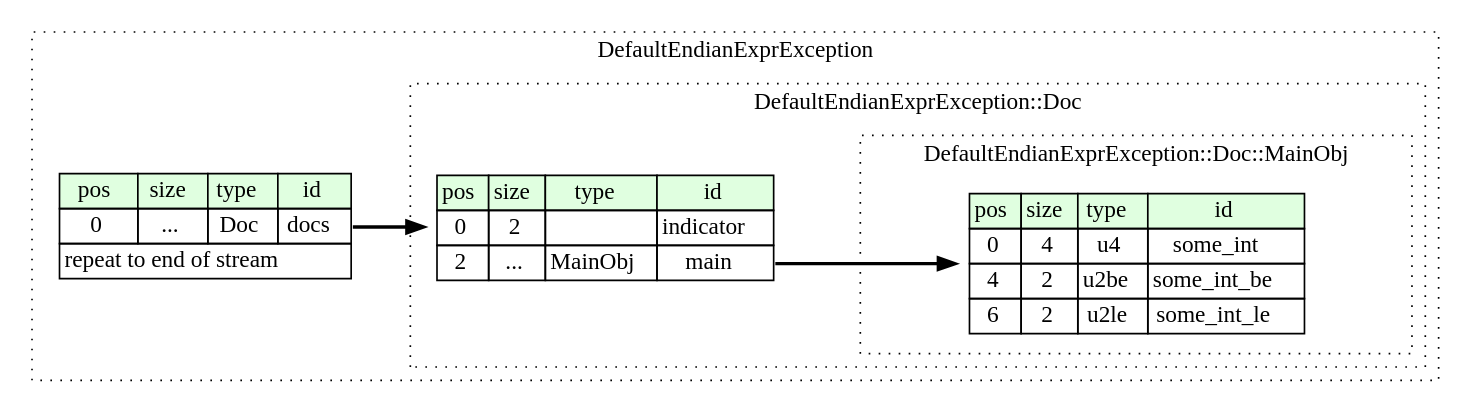
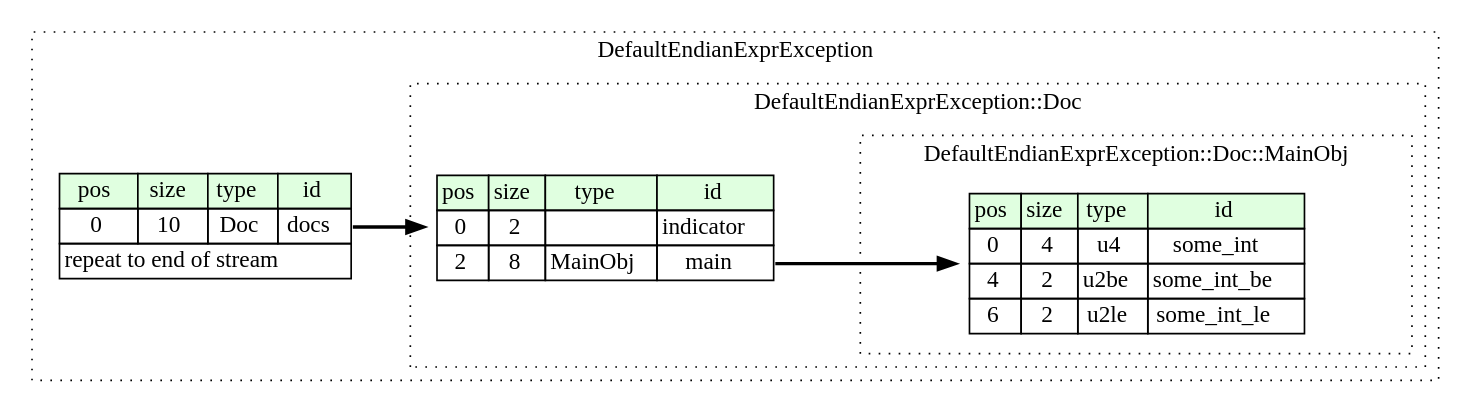
The diagram in compiled/graphviz/default_endian_expr_exception.dot (kaitai-io/ci_targets), drawn with Graphviz before and after one commit. The commit also changed 45 other files, not shown here.

```diff
--- a/compiled/graphviz/default_endian_expr_exception.dot
+++ b/compiled/graphviz/default_endian_expr_exception.dot
@@ -1,37 +1,37 @@
 digraph {
 	rankdir=LR;
 	node [shape=plaintext];
 	subgraph cluster__default_endian_expr_exception {
 		label="DefaultEndianExprException";
 		graph[style=dotted];
 
 		default_endian_expr_exception__seq [label=<<TABLE BORDER="0" CELLBORDER="1" CELLSPACING="0">
 			<TR><TD BGCOLOR="#E0FFE0">pos</TD><TD BGCOLOR="#E0FFE0">size</TD><TD BGCOLOR="#E0FFE0">type</TD><TD BGCOLOR="#E0FFE0">id</TD></TR>
-			<TR><TD PORT="docs_pos">0</TD><TD PORT="docs_size">...</TD><TD>Doc</TD><TD PORT="docs_type">docs</TD></TR>
+			<TR><TD PORT="docs_pos">0</TD><TD PORT="docs_size">10</TD><TD>Doc</TD><TD PORT="docs_type">docs</TD></TR>
 			<TR><TD COLSPAN="4" PORT="docs__repeat">repeat to end of stream</TD></TR>
 		</TABLE>>];
 		subgraph cluster__doc {
 			label="DefaultEndianExprException::Doc";
 			graph[style=dotted];
 
 			doc__seq [label=<<TABLE BORDER="0" CELLBORDER="1" CELLSPACING="0">
 				<TR><TD BGCOLOR="#E0FFE0">pos</TD><TD BGCOLOR="#E0FFE0">size</TD><TD BGCOLOR="#E0FFE0">type</TD><TD BGCOLOR="#E0FFE0">id</TD></TR>
 				<TR><TD PORT="indicator_pos">0</TD><TD PORT="indicator_size">2</TD><TD></TD><TD PORT="indicator_type">indicator</TD></TR>
-				<TR><TD PORT="main_pos">2</TD><TD PORT="main_size">...</TD><TD>MainObj</TD><TD PORT="main_type">main</TD></TR>
+				<TR><TD PORT="main_pos">2</TD><TD PORT="main_size">8</TD><TD>MainObj</TD><TD PORT="main_type">main</TD></TR>
 			</TABLE>>];
 			subgraph cluster__main_obj {
 				label="DefaultEndianExprException::Doc::MainObj";
 				graph[style=dotted];
 
 				main_obj__seq [label=<<TABLE BORDER="0" CELLBORDER="1" CELLSPACING="0">
 					<TR><TD BGCOLOR="#E0FFE0">pos</TD><TD BGCOLOR="#E0FFE0">size</TD><TD BGCOLOR="#E0FFE0">type</TD><TD BGCOLOR="#E0FFE0">id</TD></TR>
 					<TR><TD PORT="some_int_pos">0</TD><TD PORT="some_int_size">4</TD><TD>u4</TD><TD PORT="some_int_type">some_int</TD></TR>
 					<TR><TD PORT="some_int_be_pos">4</TD><TD PORT="some_int_be_size">2</TD><TD>u2be</TD><TD PORT="some_int_be_type">some_int_be</TD></TR>
 					<TR><TD PORT="some_int_le_pos">6</TD><TD PORT="some_int_le_size">2</TD><TD>u2le</TD><TD PORT="some_int_le_type">some_int_le</TD></TR>
 				</TABLE>>];
 			}
 		}
 	}
 	default_endian_expr_exception__seq:docs_type -> doc__seq [style=bold];
 	doc__seq:main_type -> main_obj__seq [style=bold];
 }
```
